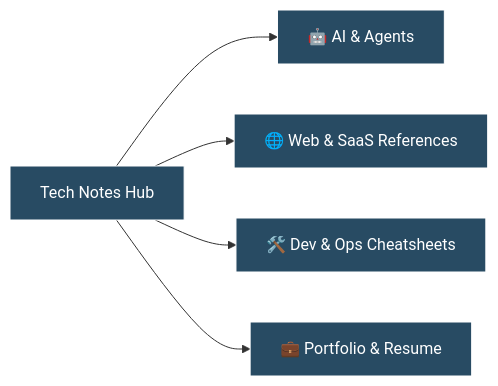
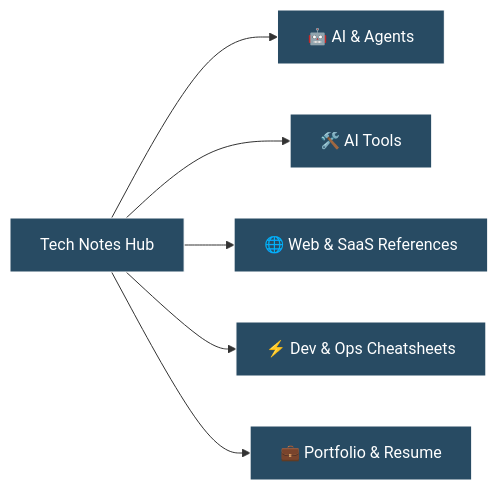
One commit to l-yoon/archive changed the diagram in content/index.md. Above: the diagram before and after it, drawn with Mermaid. The commit also changed other lines of this file and 3 other files, not shown here.

````diff
--- a/content/index.md
+++ b/content/index.md
@@ -12,10 +12,11 @@
 ```mermaid
 graph LR
     Index[Tech Notes Hub] --> AI[🤖 AI & Agents]
+    Index --> Tools[🛠️ AI Tools]
     Index --> Ref[🌐 Web & SaaS References]
-    Index --> Cheat[🛠️ Dev & Ops Cheatsheets]
+    Index --> Cheat[⚡ Dev & Ops Cheatsheets]
     Index --> Port[💼 Portfolio & Resume]
 
     classDef core fill:#284b63,stroke:#fff,stroke-width:1px,color:#fff;
-    class Index,AI,Ref,Cheat,Port core;
+    class Index,AI,Tools,Ref,Cheat,Port core;
 ```
````
